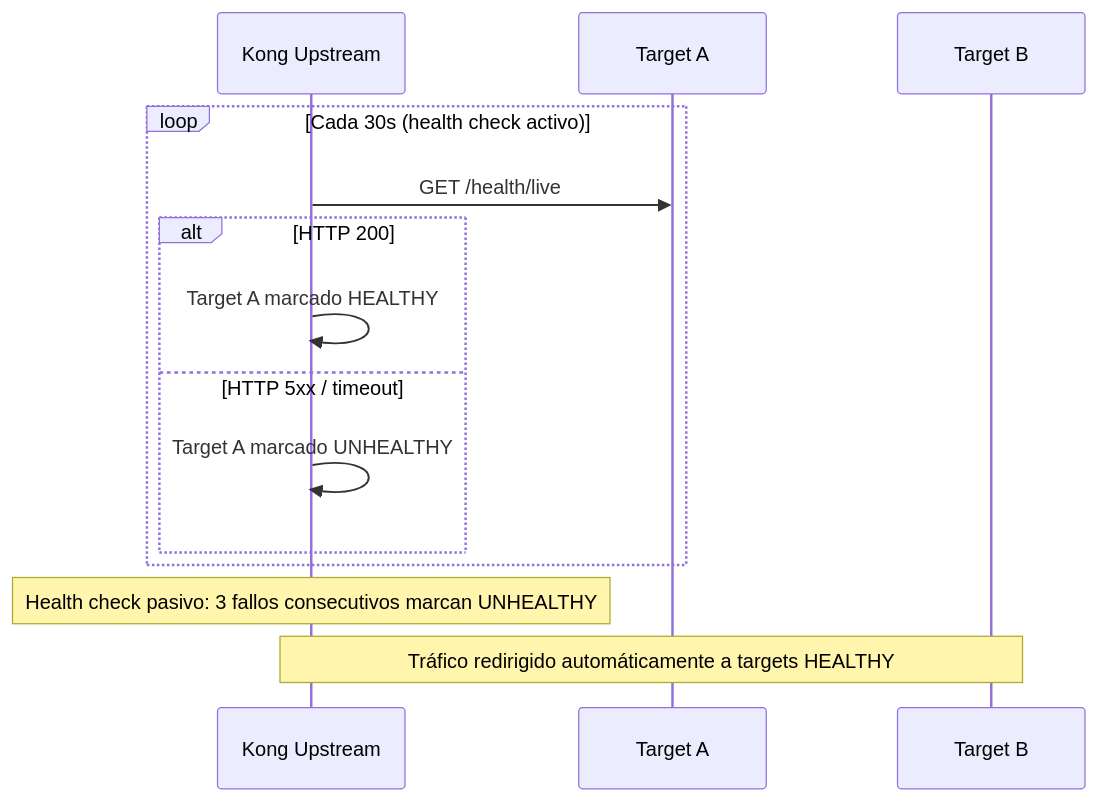
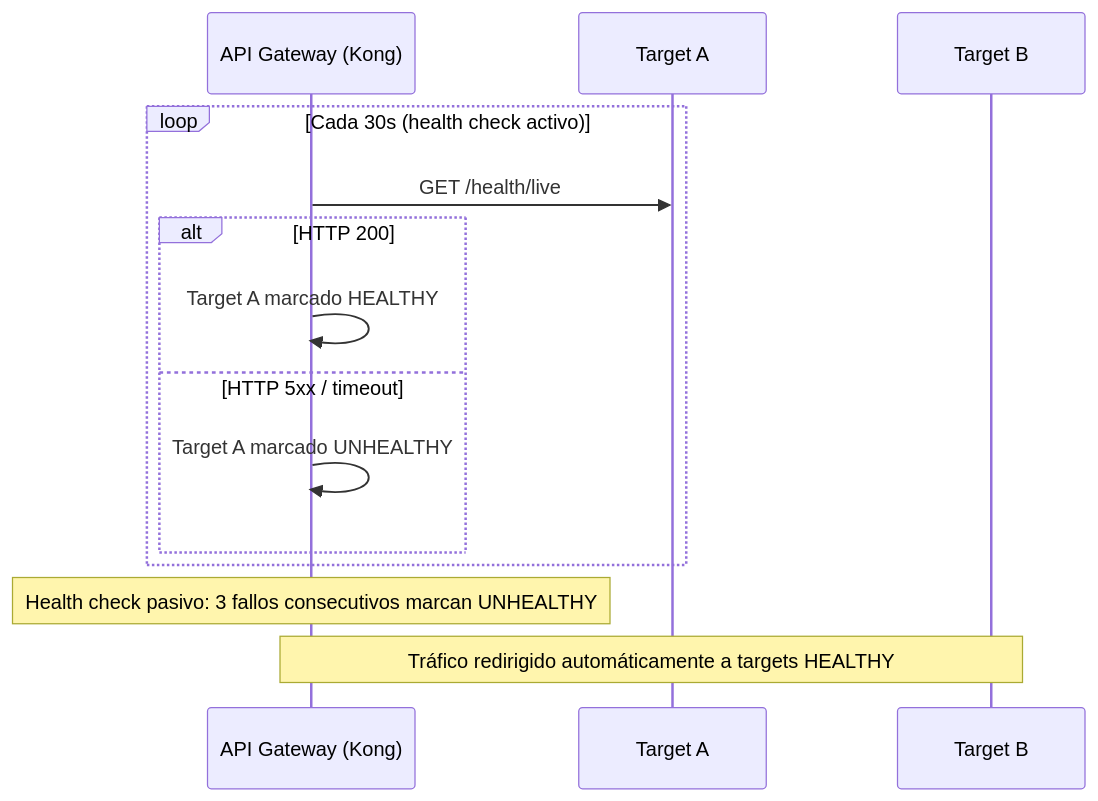
Before and after one commit to jclemente-tlm/tlm-doc-architecture: the third of 3 diagrams in docs/plataforma-corporativa/plataforma-de-integracion/api-gateway/06-vista-tiempo-ejecucion.md, drawn with Mermaid. The commit also changed other lines of this file and 5 other files, not shown here.

````diff
--- a/docs/plataforma-corporativa/plataforma-de-integracion/api-gateway/06-vista-tiempo-ejecucion.md
+++ b/docs/plataforma-corporativa/plataforma-de-integracion/api-gateway/06-vista-tiempo-ejecucion.md
@@ -59,17 +58,17 @@
 ```mermaid
 sequenceDiagram
-    participant K as Kong Upstream
+    participant K as API Gateway (Kong)
     participant T1 as Target A
     participant T2 as Target B
 
     loop Cada 30s (health check activo)
         K->>T1: GET /health/live
         alt HTTP 200
             K->>K: Target A marcado HEALTHY
         else HTTP 5xx / timeout
             K->>K: Target A marcado UNHEALTHY
         end
     end
     Note over K: Health check pasivo: 3 fallos consecutivos marcan UNHEALTHY
     Note over K,T2: Tráfico redirigido automáticamente a targets HEALTHY
 ```
````
